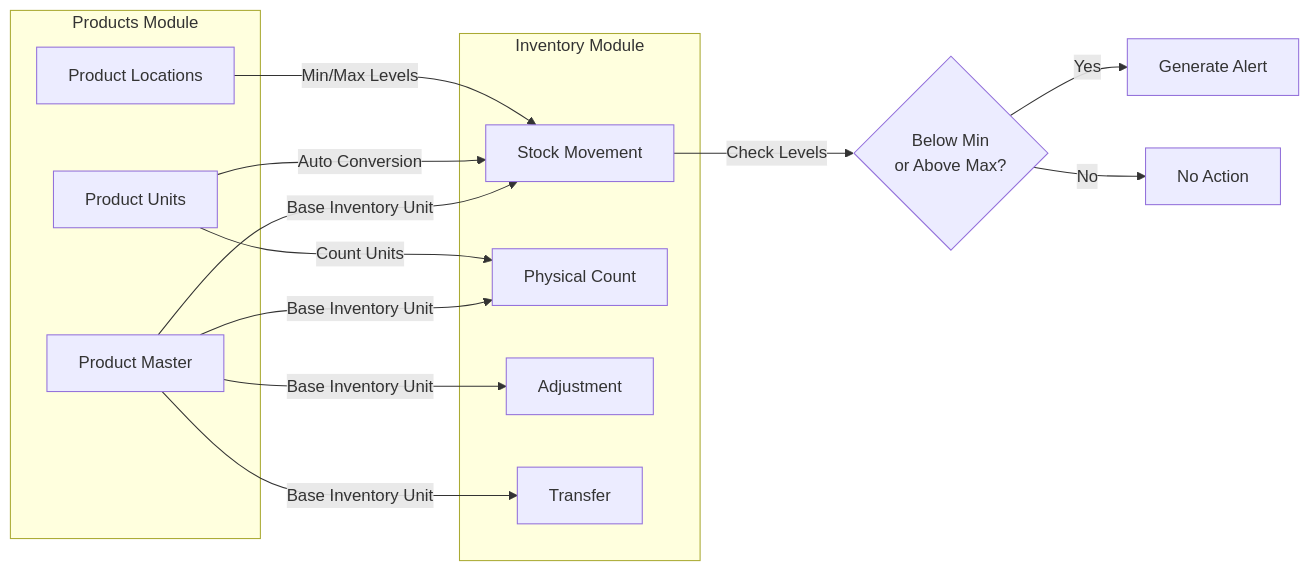
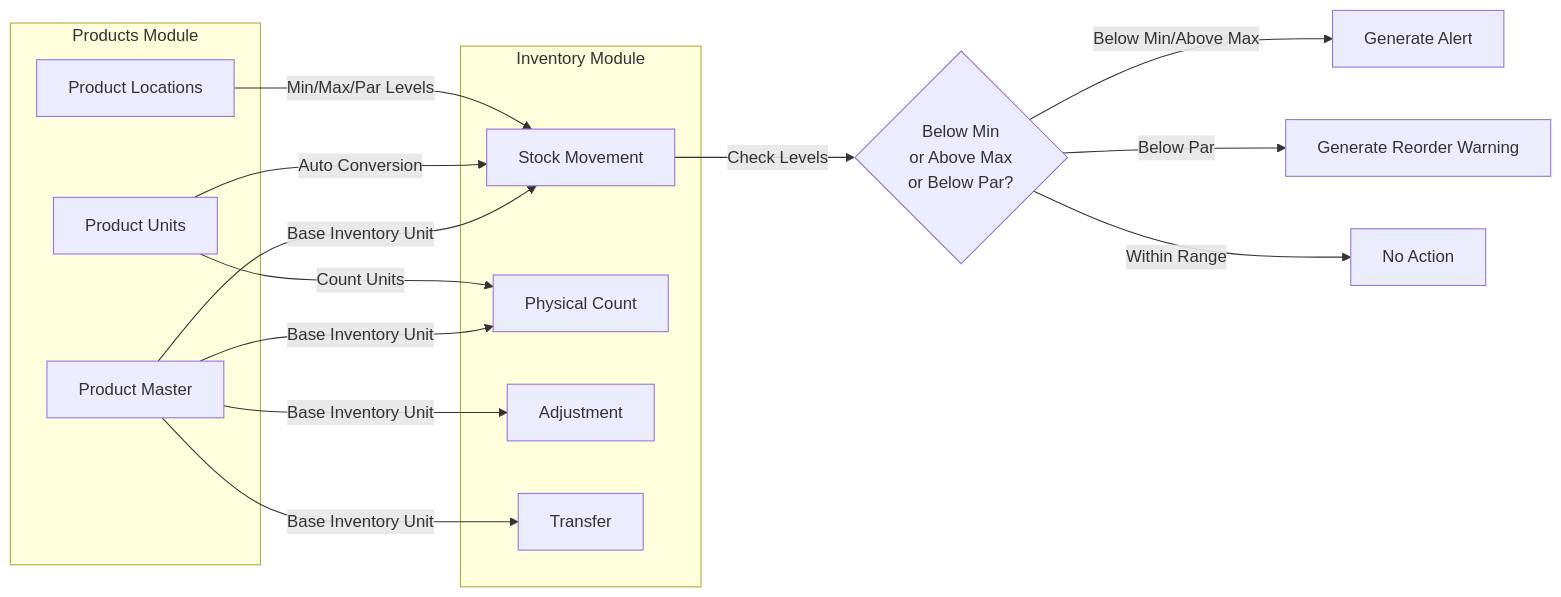
Diagram 16 of 20 in docs/app/product-management/products/FD-products.md (PeakMNA/carmen), drawn with Mermaid before and after one commit. The commit also changed other lines of this file and 473 other files, not shown here.

````diff
--- a/docs/app/product-management/products/FD-products.md
+++ b/docs/app/product-management/products/FD-products.md
@@ -600,28 +592,29 @@
 ```mermaid
-flowchart LR
+graph LR
     subgraph Products Module
         PM[Product Master]
         PU[Product Units]
         PL[Product Locations]
     end
 
     subgraph Inventory Module
         Stock[Stock Movement]
         Count[Physical Count]
         Adj[Adjustment]
         Trans[Transfer]
     end
 
     PM -->|Base Inventory Unit| Stock
     PM -->|Base Inventory Unit| Count
     PM -->|Base Inventory Unit| Adj
     PM -->|Base Inventory Unit| Trans
 
     PU -->|Count Units| Count
     PU -->|Auto Conversion| Stock
 
-    PL -->|Min/Max Levels| Stock
-    Stock -->|Check Levels| Alert{Below Min<br>or Above Max?}
-    Alert -->|Yes| Notification[Generate Alert]
-    Alert -->|No| NoAction[No Action]
+    PL -->|Min/Max/Par Levels| Stock
+    Stock -->|Check Levels| Alert{Below Min<br>or Above Max<br>or Below Par?}
+    Alert -->|Below Min/Above Max| Notification[Generate Alert]
+    Alert -->|Below Par| ParWarning[Generate Reorder Warning]
+    Alert -->|Within Range| NoAction[No Action]
 ```
````
